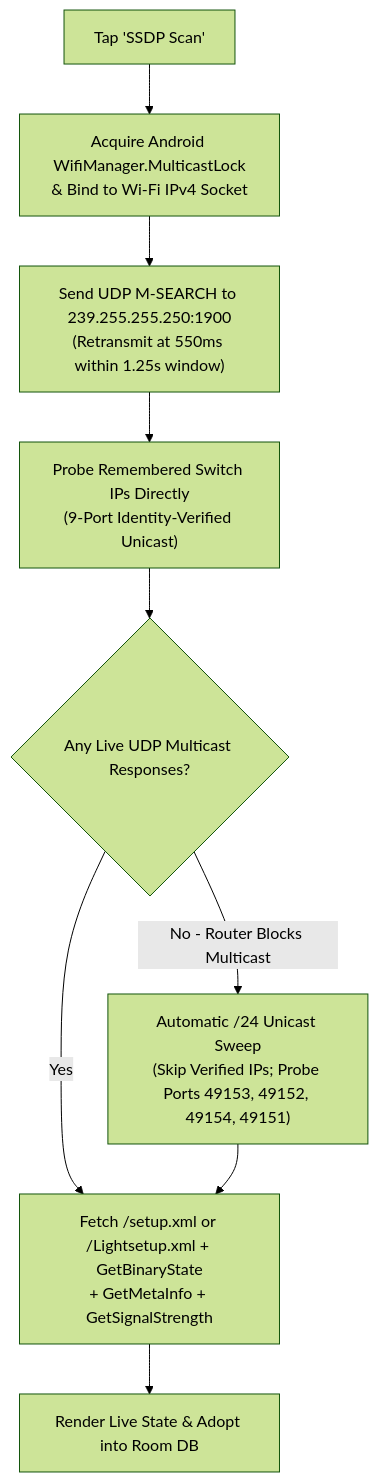
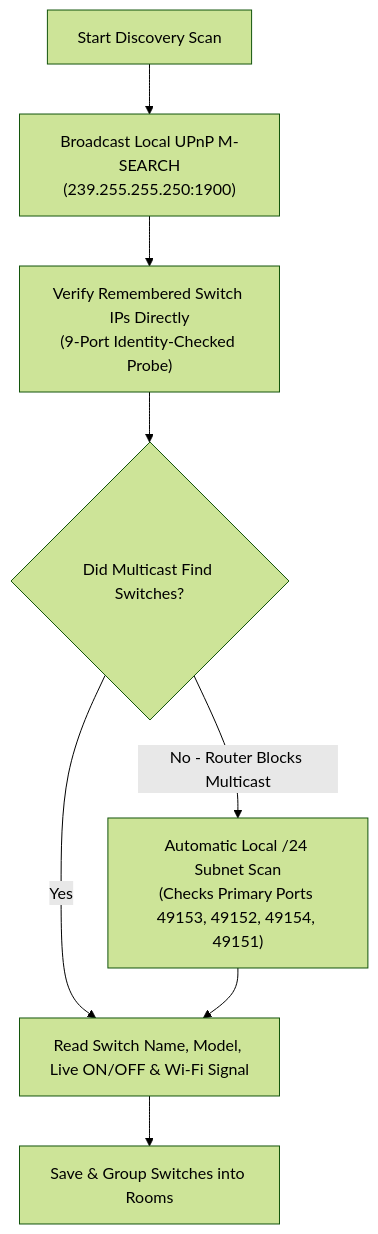
Before and after one commit to MichaelRHead/WeMi-light-control: the diagram in docs/user-guide/switch-discovery.md, drawn with Mermaid (forest theme). The commit also changed other lines of this file and 19 other files, not shown here.

````diff
--- a/docs/user-guide/switch-discovery.md
+++ b/docs/user-guide/switch-discovery.md
@@ -53,11 +54,10 @@
 ```mermaid
 flowchart TD
-    Start["Tap 'SSDP Scan'"] --> Lock["Acquire Android WifiManager.MulticastLock\n& Bind to Wi-Fi IPv4 Socket"]
-    Lock --> MSearch["Send UDP M-SEARCH to 239.255.255.250:1900\n(Retransmit at 550ms within 1.25s window)"]
-    MSearch --> Known["Probe Remembered Switch IPs Directly\n(9-Port Identity-Verified Unicast)"]
-    Known --> Check{"Any Live UDP Multicast Responses?"}
-    Check -->|Yes| Fetch["Fetch /setup.xml or /Lightsetup.xml + GetBinaryState\n+ GetMetaInfo + GetSignalStrength"]
-    Check -->|No - Router Blocks Multicast| Unicast["Automatic /24 Unicast Sweep\n(Skip Verified IPs; Probe Ports 49153, 49152, 49154, 49151)"]
+    Start["Start Discovery Scan"] --> Multicast["Broadcast Local UPnP M-SEARCH\n(239.255.255.250:1900)"]
+    Multicast --> Known["Verify Remembered Switch IPs Directly\n(9-Port Identity-Checked Probe)"]
+    Known --> Check{"Did Multicast Find Switches?"}
+    Check -->|Yes| Fetch["Read Switch Name, Model, Live ON/OFF & Wi-Fi Signal"]
+    Check -->|No - Router Blocks Multicast| Unicast["Automatic Local /24 Subnet Scan\n(Checks Primary Ports 49153, 49152, 49154, 49151)"]
     Unicast --> Fetch
-    Fetch --> Done["Render Live State & Adopt into Room DB"]
+    Fetch --> Done["Save & Group Switches into Rooms"]
 ```
````
